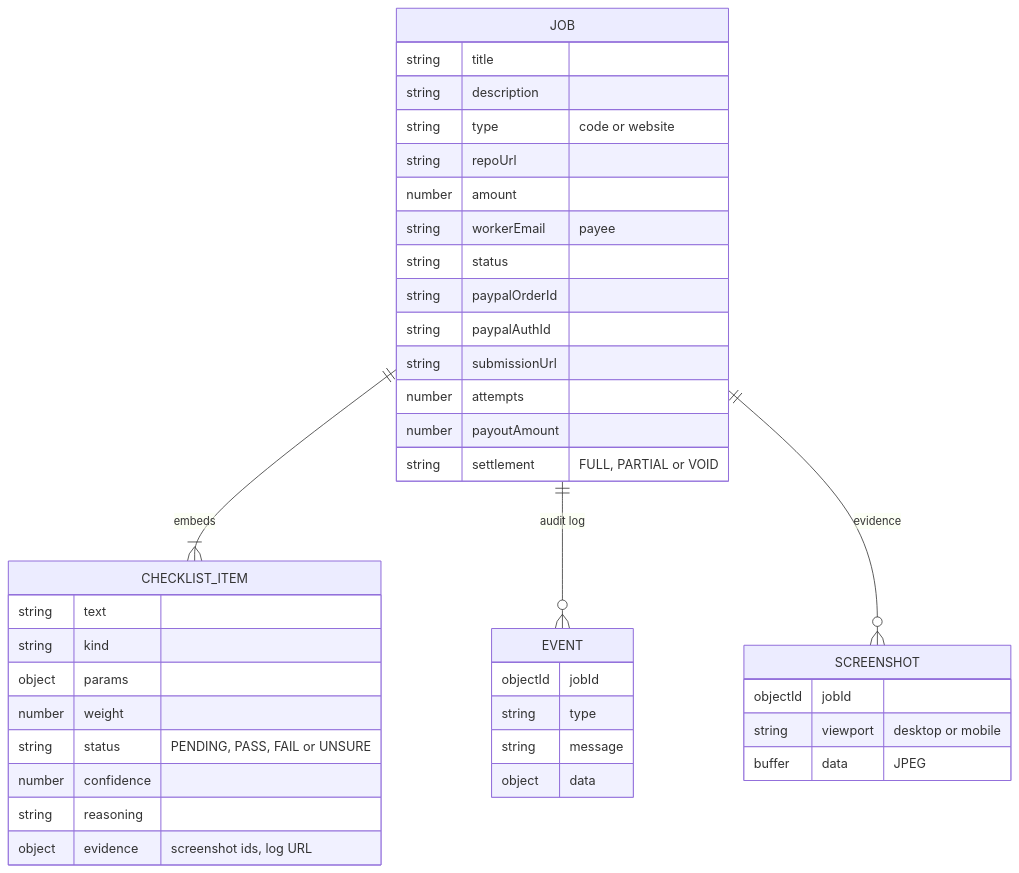
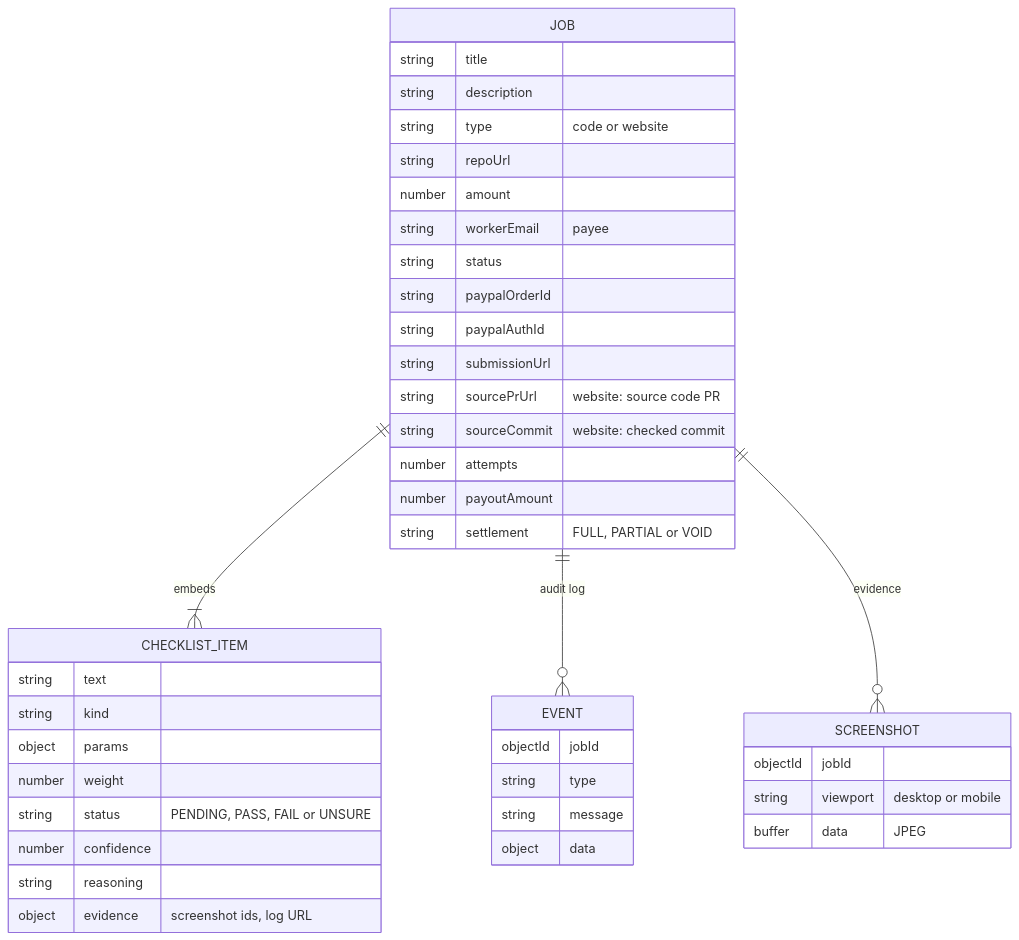
Before and after one commit to 3Bit-Crew/Veriflow: the fifth of 5 diagrams in README.md, drawn with Mermaid. The commit also changed other lines of this file and 11 other files, not shown here.

Commit message:
Website jobs deliver the source code as a PR to the buyer's repo; save the checked commit

````diff
--- a/README.md
+++ b/README.md
@@ -282,42 +283,44 @@
 ```mermaid
 erDiagram
     JOB ||--|{ CHECKLIST_ITEM : "embeds"
     JOB ||--o{ EVENT : "audit log"
     JOB ||--o{ SCREENSHOT : "evidence"
     JOB {
         string title
         string description
         string type "code or website"
         string repoUrl
         number amount
         string workerEmail "payee"
         string status
         string paypalOrderId
         string paypalAuthId
         string submissionUrl
+        string sourcePrUrl "website: source code PR"
+        string sourceCommit "website: checked commit"
         number attempts
         number payoutAmount
         string settlement "FULL, PARTIAL or VOID"
     }
     CHECKLIST_ITEM {
         string text
         string kind
         object params
         number weight
         string status "PENDING, PASS, FAIL or UNSURE"
         number confidence
         string reasoning
         object evidence "screenshot ids, log URL"
     }
     EVENT {
         objectId jobId
         string type
         string message
         object data
     }
     SCREENSHOT {
         objectId jobId
         string viewport "desktop or mobile"
         buffer data "JPEG"
     }
 ```
````
